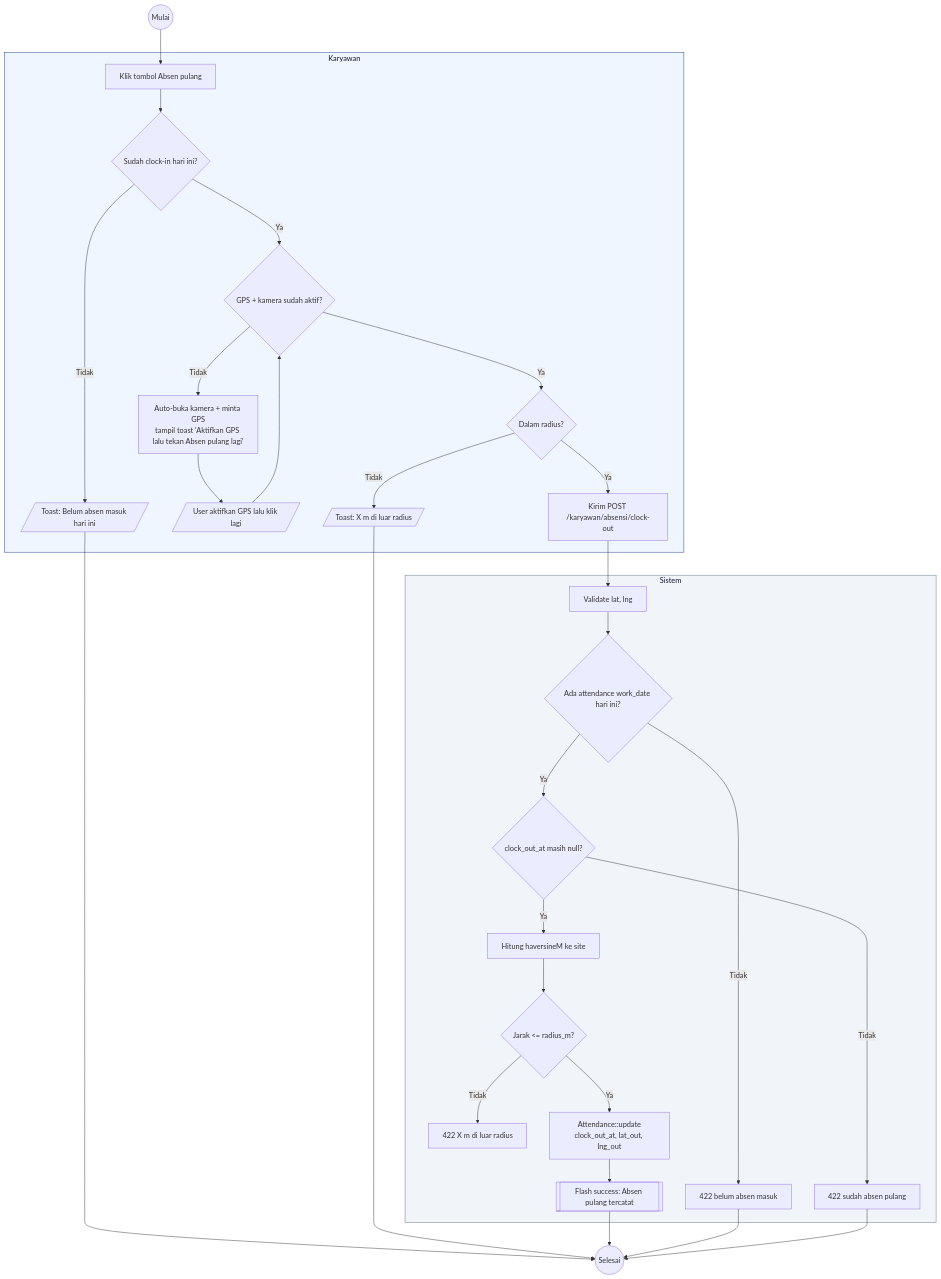
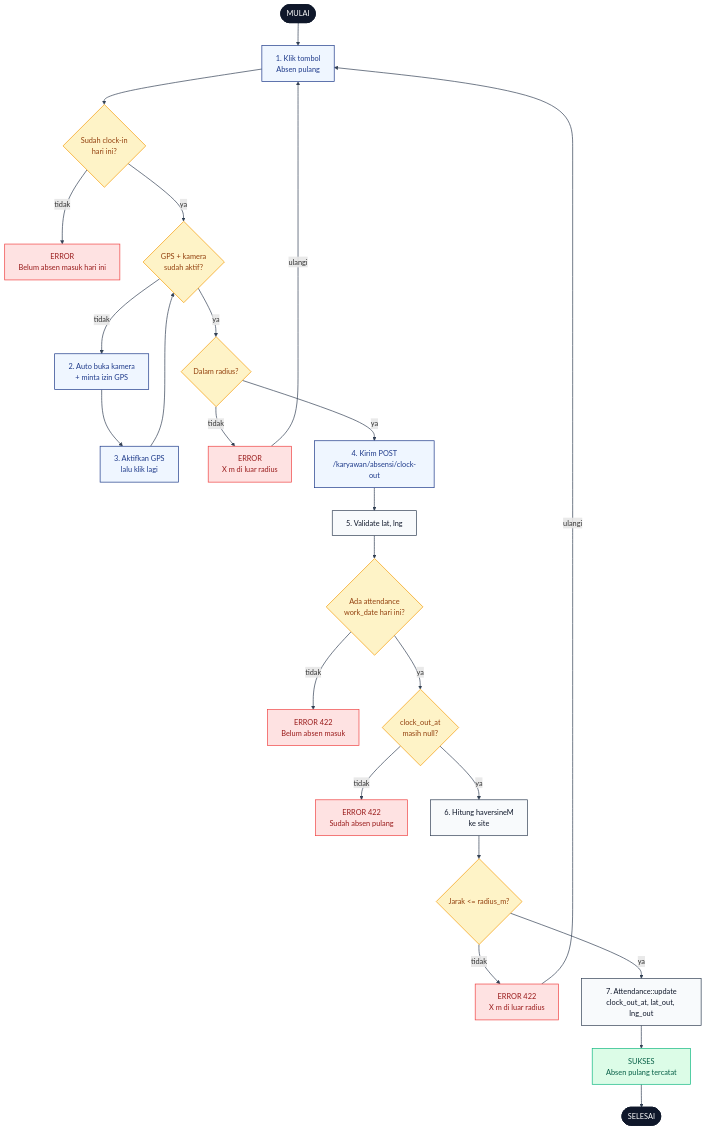
One commit to radacore/absensi-pu changed the diagram in docs/activity-diagrams/09-clock-out.md. Above: the diagram before and after it, drawn with Mermaid. The commit also changed other lines of this file and 22 other files, not shown here.

First line of the commit message:
docs(diagram): terapkan pola mermaid flowchart TD ke 23 diagram sisanya

````diff
--- a/docs/activity-diagrams/09-clock-out.md
+++ b/docs/activity-diagrams/09-clock-out.md
@@ -11,59 +11,65 @@
 ```mermaid
 flowchart TD
-    Start((Mulai)) --> K1
+    START([MULAI]):::se
 
-    subgraph Karyawan[Karyawan]
-        K1[Klik tombol Absen pulang]
-        K2{Sudah clock-in hari ini?}
-        K3[/Toast: Belum absen masuk hari ini/]
-        K4{GPS + kamera sudah aktif?}
-        K5[Auto-buka kamera + minta GPS<br/>tampil toast 'Aktifkan GPS lalu tekan Absen pulang lagi']
-        K6[/User aktifkan GPS lalu klik lagi/]
-        K7{Dalam radius?}
-        K8[/Toast: X m di luar radius/]
-        K9[Kirim POST /karyawan/absensi/clock-out]
-    end
+    A1["1. Klik tombol<br/>Absen pulang"]:::user
+    D1{"Sudah clock-in<br/>hari ini?"}:::dec
+    E1["ERROR<br/>Belum absen masuk hari ini"]:::err
 
-    subgraph Sistem[Sistem]
-        S1[Validate lat, lng]
-        S2{Ada attendance work_date hari ini?}
-        S3[422 belum absen masuk]
-        S4{clock_out_at masih null?}
-        S5[422 sudah absen pulang]
-        S6[Hitung haversineM ke site]
-        S7{Jarak <= radius_m?}
-        S8[422 X m di luar radius]
-        S9[Attendance::update<br/>clock_out_at, lat_out, lng_out]
-        S10[[Flash success: Absen pulang tercatat]]
-    end
+    D2{"GPS + kamera<br/>sudah aktif?"}:::dec
+    A2["2. Auto buka kamera<br/>+ minta izin GPS"]:::user
+    A3["3. Aktifkan GPS<br/>lalu klik lagi"]:::user
 
-    K1 --> K2
-    K2 -->|Tidak| K3
-    K3 --> End((Selesai))
-    K2 -->|Ya| K4
-    K4 -->|Tidak| K5
-    K5 --> K6
-    K6 --> K4
-    K4 -->|Ya| K7
-    K7 -->|Tidak| K8
-    K8 --> End
-    K7 -->|Ya| K9
-    K9 --> S1
-    S1 --> S2
-    S2 -->|Tidak| S3
-    S2 -->|Ya| S4
-    S4 -->|Tidak| S5
-    S4 -->|Ya| S6
-    S6 --> S7
-    S7 -->|Tidak| S8
-    S7 -->|Ya| S9
-    S9 --> S10
-    S10 --> End
-    S3 --> End
-    S5 --> End
+    D3{"Dalam radius?"}:::dec
+    E2["ERROR<br/>X m di luar radius"]:::err
 
-    classDef actor fill:#EFF6FF,stroke:#1E3A8A,stroke-width:1px,color:#0F172A
-    classDef system fill:#F1F5F9,stroke:#64748B,stroke-width:1px,color:#0F172A
-    class Karyawan actor
-    class Sistem system
+    A4["4. Kirim POST<br/>/karyawan/absensi/clock-out"]:::user
+    S1["5. Validate lat, lng"]:::sys
+    D4{"Ada attendance<br/>work_date hari ini?"}:::dec
+    E3["ERROR 422<br/>Belum absen masuk"]:::err
+
+    D5{"clock_out_at<br/>masih null?"}:::dec
+    E4["ERROR 422<br/>Sudah absen pulang"]:::err
+
+    S2["6. Hitung haversineM<br/>ke site"]:::sys
+    D6{"Jarak <= radius_m?"}:::dec
+    E5["ERROR 422<br/>X m di luar radius"]:::err
+
+    S3["7. Attendance::update<br/>clock_out_at, lat_out, lng_out"]:::sys
+    OK["SUKSES<br/>Absen pulang tercatat"]:::ok
+    END([SELESAI]):::se
+
+    START --> A1
+    A1 --> D1
+    D1 -->|tidak| E1
+    D1 -->|ya| D2
+    D2 -->|tidak| A2
+    A2 --> A3
+    A3 --> D2
+    D2 -->|ya| D3
+    D3 -->|tidak| E2
+    D3 -->|ya| A4
+    A4 --> S1
+    S1 --> D4
+    D4 -->|tidak| E3
+    D4 -->|ya| D5
+    D5 -->|tidak| E4
+    D5 -->|ya| S2
+    S2 --> D6
+    D6 -->|tidak| E5
+    D6 -->|ya| S3
+    S3 --> OK
+    OK --> END
+
+    E2 -->|ulangi| A1
+    E5 -->|ulangi| A1
+
+    classDef se fill:#0F172A,stroke:#0F172A,color:#fff,stroke-width:2px
+    classDef user fill:#EFF6FF,stroke:#1E3A8A,color:#1E3A8A,stroke-width:1.5px
+    classDef sys fill:#F8FAFC,stroke:#334155,color:#0F172A,stroke-width:1.5px
+    classDef dec fill:#FEF3C7,stroke:#F59E0B,color:#92400E,stroke-width:1.5px
+    classDef err fill:#FEE2E2,stroke:#EF4444,color:#991B1B,stroke-width:1.5px
+    classDef ok fill:#DCFCE7,stroke:#10B981,color:#065F46,stroke-width:1.5px
+
+    linkStyle default stroke:#334155,stroke-width:1.5px
 ```
````
